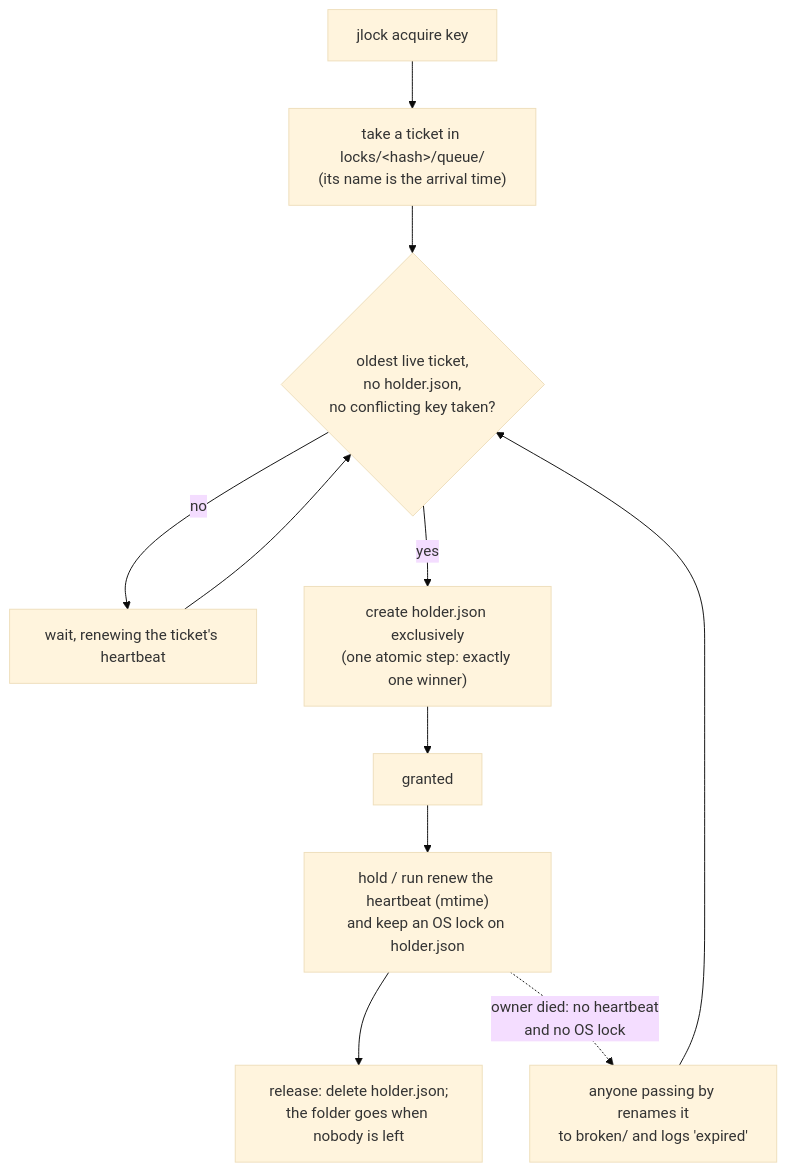
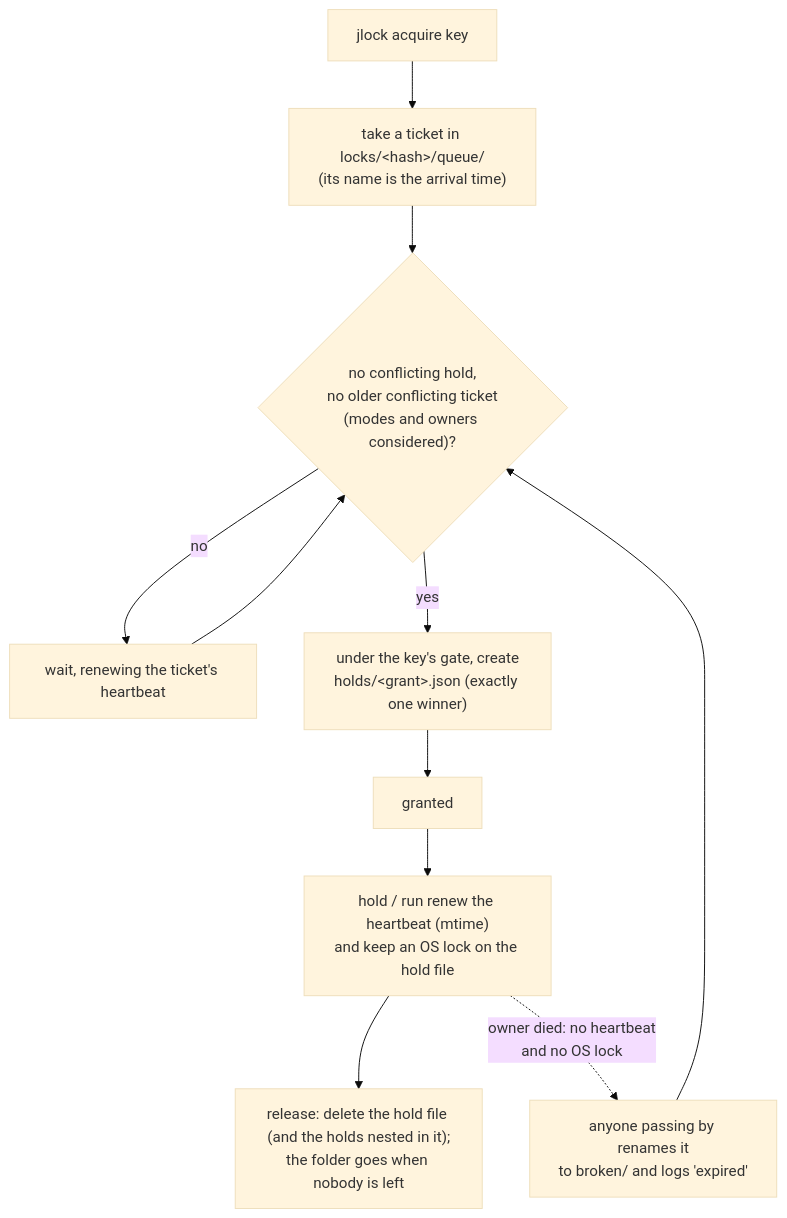
One commit to rodrigojager/jlock changed the diagram in README.md. Above: the diagram before and after it, drawn with Mermaid (base theme). The commit also changed other lines of this file and 10 other files, not shown here.

````diff
--- a/README.md
+++ b/README.md
@@ -216,12 +260,12 @@
 ```mermaid
 flowchart TD
     A["jlock acquire key"] --> B["take a ticket in locks/&lt;hash&gt;/queue/<br/>(its name is the arrival time)"]
-    B --> C{"oldest live ticket,<br/>no holder.json,<br/>no conflicting key taken?"}
+    B --> C{"no conflicting hold,<br/>no older conflicting ticket<br/>(modes and owners considered)?"}
     C -- no --> W["wait, renewing the ticket's heartbeat"] --> C
-    C -- yes --> D["create holder.json exclusively<br/>(one atomic step: exactly one winner)"]
+    C -- yes --> D["under the key's gate, create<br/>holds/&lt;grant&gt;.json (exactly one winner)"]
     D --> E["granted"]
-    E --> H["hold / run renew the heartbeat (mtime)<br/>and keep an OS lock on holder.json"]
-    H --> R["release: delete holder.json;<br/>the folder goes when nobody is left"]
+    E --> H["hold / run renew the heartbeat (mtime)<br/>and keep an OS lock on the hold file"]
+    H --> R["release: delete the hold file (and the holds nested in it);<br/>the folder goes when nobody is left"]
     H -. "owner died: no heartbeat<br/>and no OS lock" .-> X["anyone passing by renames it<br/>to broken/ and logs 'expired'"]
     X --> C
 ```
````
